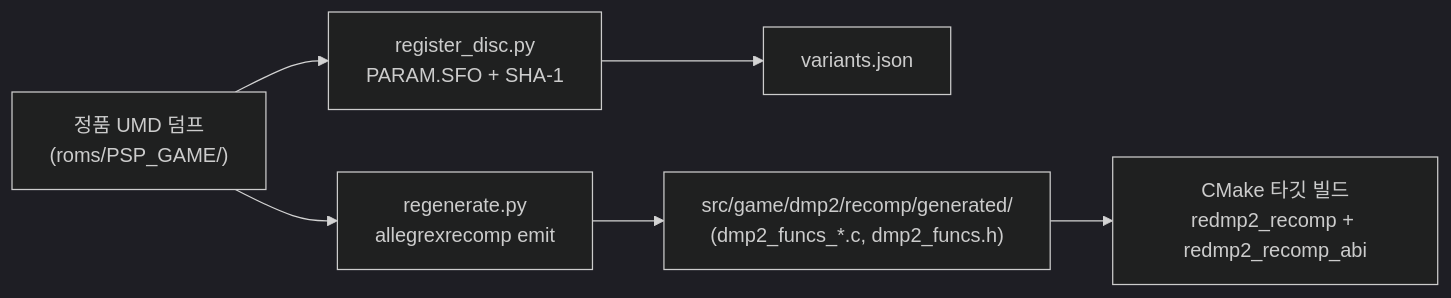
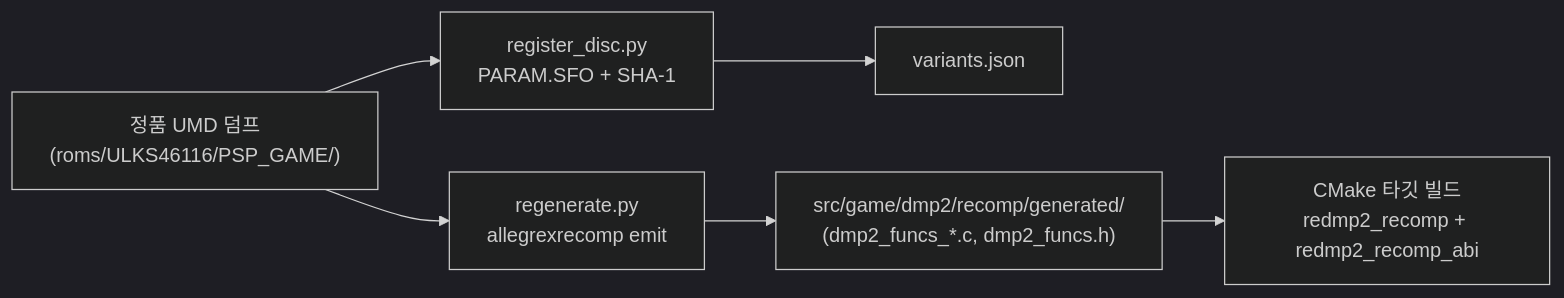
The second of 3 diagrams in ARCHITECTURE.md (reexec/reDMP2), drawn with Mermaid (dark theme) before and after one commit. The commit also changed other lines of this file and 16 other files, not shown here.

First line of the commit message:
v0.0.11: roms/ per disc ID (#22)

````diff
--- a/ARCHITECTURE.md
+++ b/ARCHITECTURE.md
@@ -54,8 +54,8 @@
 ```mermaid
 flowchart LR
-    ROM["정품 UMD 덤프<br/>(roms/PSP_GAME/)"] --> REG["register_disc.py<br/>PARAM.SFO + SHA-1"]
+    ROM["정품 UMD 덤프<br/>(roms/ULKS46116/PSP_GAME/)"] --> REG["register_disc.py<br/>PARAM.SFO + SHA-1"]
     REG --> VAR["variants.json"]
     ROM --> LIFT["regenerate.py<br/>allegrexrecomp emit"]
     LIFT --> GEN["src/game/dmp2/recomp/generated/<br/>(dmp2_funcs_*.c, dmp2_funcs.h)"]
     GEN --> BUILD["CMake 타깃 빌드<br/>redmp2_recomp + redmp2_recomp_abi"]
 ```
````
